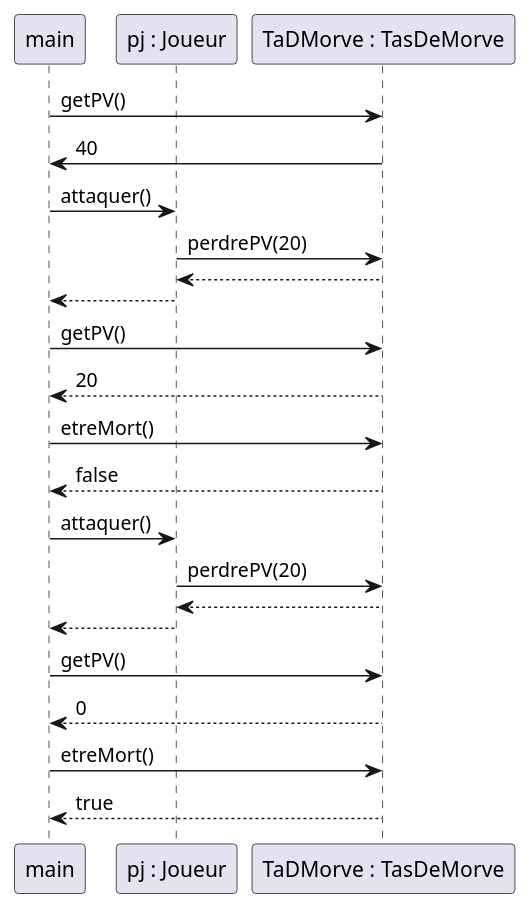
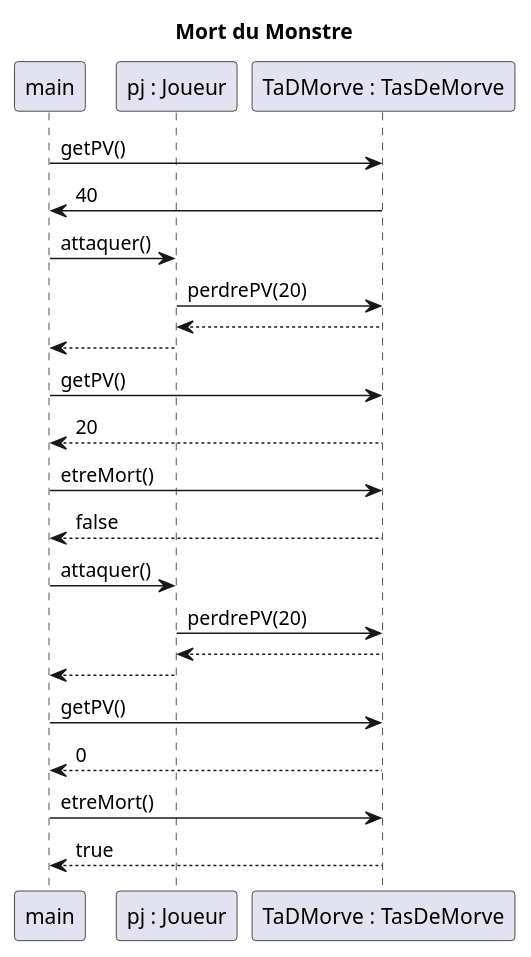
Before and after one commit to TanguyFox/2022_Zeldiablo_renard136u_seiler33u_serrier26u_arcelin1u: the diagram in documents/version_4/diagSequenceMortMonstre.puml, drawn with PlantUML.

Commit message:
Mort du Monstre

```diff
--- a/documents/version_4/diagSequenceMortMonstre.puml
+++ b/documents/version_4/diagSequenceMortMonstre.puml
@@ -1,34 +1,36 @@
 @startuml
 'https://plantuml.com/sequence-diagram
+
+title Mort du Monstre
 
 participant "main" as M
 participant "pj : Joueur" as J
 participant "TaDMorve : TasDeMorve" as TD
 
 M -> TD : getPV()
 TD -> M : 40
 
 M -> J : attaquer()
 J -> TD : perdrePV(20)
 TD --> J
 J --> M
 
 M -> TD : getPV()
 TD --> M : 20
 
 M -> TD : etreMort()
 TD --> M : false
 
 
 
 M -> J : attaquer()
 J -> TD : perdrePV(20)
 TD --> J
 J --> M
 
 M -> TD : getPV()
 TD --> M : 0
 
 M -> TD : etreMort()
 TD --> M : true
 @enduml
```
